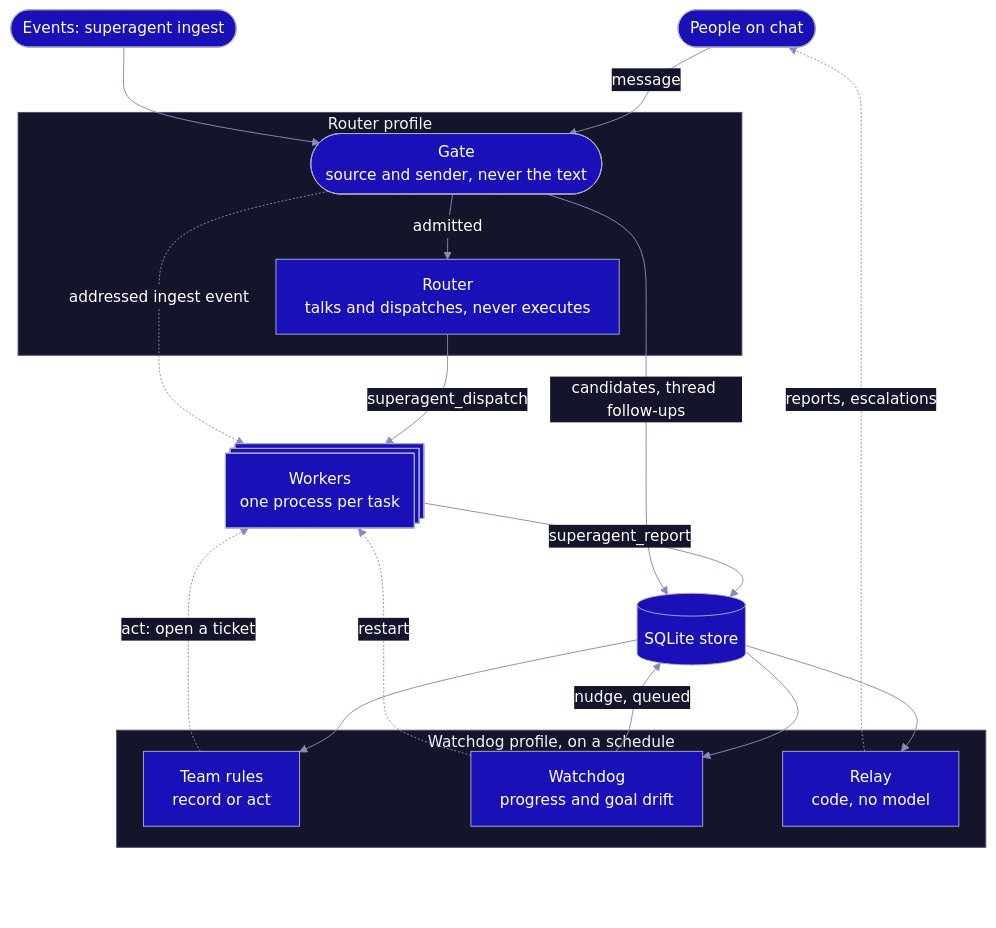
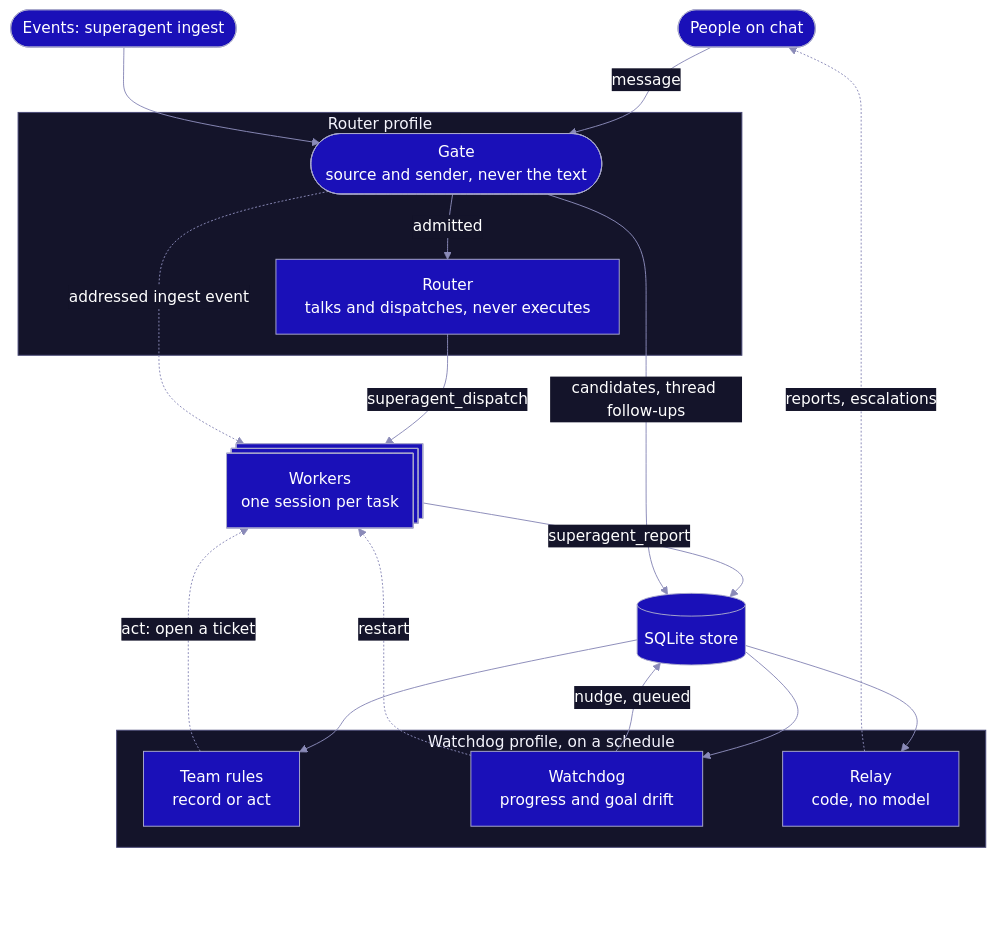
One commit to AirKyzzZ/hermes-superagent changed the first of 3 diagrams in README.md. Above: the diagram before and after it, drawn with Mermaid. The commit also changed other lines of this file and 7 other files, not shown here.

````diff
--- a/README.md
+++ b/README.md
@@ -51,39 +51,39 @@
 ```mermaid
 flowchart TB
     people(["People on chat"])
     events(["Events: superagent ingest"])
 
     subgraph routerProfile["Router profile"]
         gate(["Gate<br/>source and sender, never the text"])
         router["Router<br/>talks and dispatches, never executes"]
     end
 
-    workers@{ shape: procs, label: "Workers<br/>one process per task" }
+    workers@{ shape: procs, label: "Workers<br/>one session per task" }
     store[("SQLite store")]
 
     subgraph watchdogProfile["Watchdog profile, on a schedule"]
         rules["Team rules<br/>record or act"]
         watchdog["Watchdog<br/>progress and goal drift"]
         relay["Relay<br/>code, no model"]
     end
 
     people -->|message| gate
     events --> gate
     gate -->|admitted| router
     router -->|superagent_dispatch| workers
     workers -->|superagent_report| store
     gate -->|"candidates, thread follow-ups"| store
     gate -.->|"addressed ingest event"| workers
     store --> rules
     store --> watchdog
     store --> relay
     rules -.->|"act: open a ticket"| workers
     watchdog -->|"nudge, queued"| store
     watchdog -.->|restart| workers
     relay -.->|"reports, escalations"| people
 
     relay ~~~ controlsClearance[" "]
     classDef invisible fill:none,stroke:none
     class controlsClearance invisible
 %%{init: {"theme":"base","layout":"dagre","flowchart":{"wrappingWidth":420,"nodeSpacing":36,"rankSpacing":44},"themeVariables":{"primaryColor":"#1a10b8","primaryTextColor":"#ffffff","primaryBorderColor":"#a9a9cc","lineColor":"#8a8ab8","textColor":"#ffffff","clusterBkg":"#14142a","clusterBorder":"#4a4a78","titleColor":"#f4f4fd","edgeLabelBackground":"#14142a"}}}%%
 ```
````
